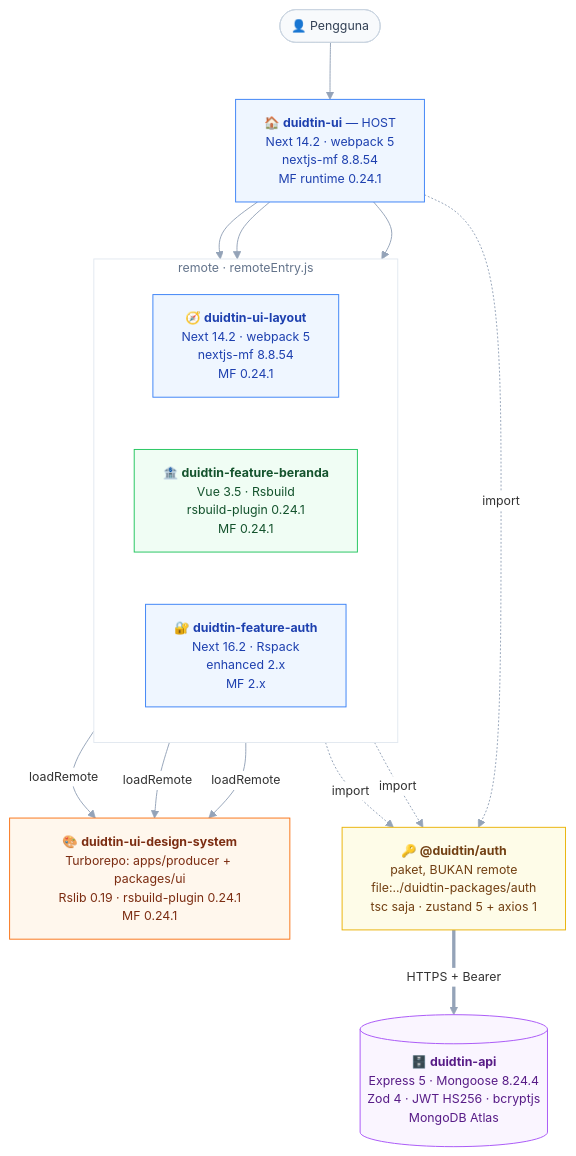
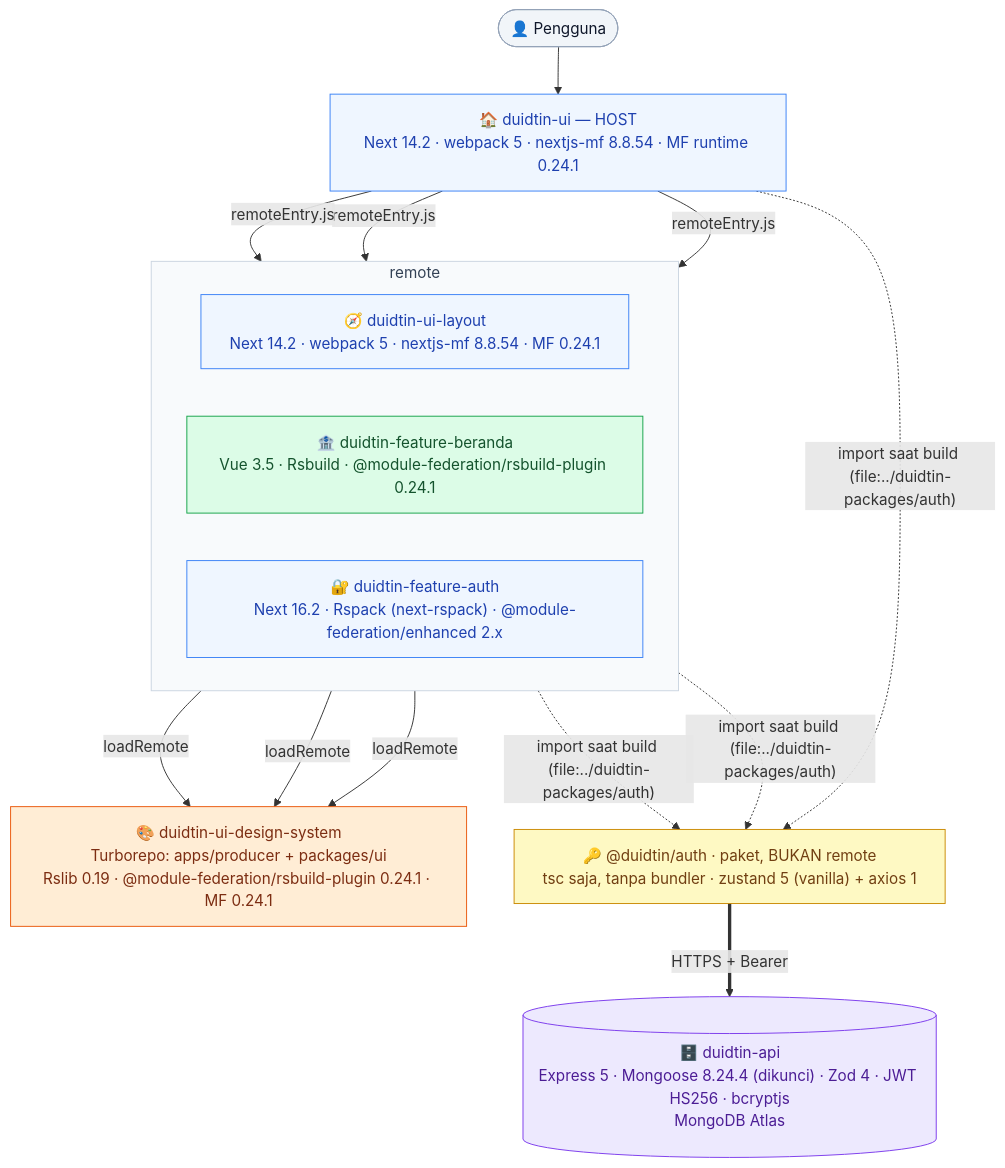
Before and after one commit to AnggaWikaNugraha/super-apps-microfrontend-duidtin: the diagram in README.id.md, drawn with Mermaid. The commit also changed 1 other file, not shown here.

````diff
--- a/README.id.md
+++ b/README.id.md
@@ -283,40 +283,40 @@
 ```mermaid
-%%{init: {'theme':'base','themeVariables':{'fontSize':'13px','lineColor':'#94a3b8','edgeLabelBackground':'#ffffff'},'flowchart':{'wrappingWidth':235,'nodeSpacing':55,'rankSpacing':60,'curve':'basis'}}}%%
+%%{init: {'flowchart': {'wrappingWidth': 420}}}%%
 flowchart TD
   U(["👤 Pengguna"]) --> H
 
-  H["🏠 <b>duidtin-ui</b> — HOST<br/>Next 14.2 · webpack 5<br/>nextjs-mf 8.8.54<br/>MF runtime 0.24.1"]
+  H["🏠 duidtin-ui — HOST<br/>Next 14.2 · webpack 5 · nextjs-mf 8.8.54 · MF runtime 0.24.1"]
 
-  subgraph RUNTIME ["remote · remoteEntry.js"]
+  subgraph RUNTIME ["remote"]
     direction LR
-    L["🧭 <b>duidtin-ui-layout</b><br/>Next 14.2 · webpack 5<br/>nextjs-mf 8.8.54<br/>MF 0.24.1"]
-    B["🏦 <b>duidtin-feature-beranda</b><br/>Vue 3.5 · Rsbuild<br/>rsbuild-plugin 0.24.1<br/>MF 0.24.1"]
-    A["🔐 <b>duidtin-feature-auth</b><br/>Next 16.2 · Rspack<br/>enhanced 2.x<br/>MF 2.x"]
+    L["🧭 duidtin-ui-layout<br/>Next 14.2 · webpack 5 · nextjs-mf 8.8.54 · MF 0.24.1"]
+    B["🏦 duidtin-feature-beranda<br/>Vue 3.5 · Rsbuild · @module-federation/rsbuild-plugin 0.24.1"]
+    A["🔐 duidtin-feature-auth<br/>Next 16.2 · Rspack (next-rspack) · @module-federation/enhanced 2.x"]
   end
 
-  H --> L
-  H --> B
-  H --> A
+  H -- "remoteEntry.js" --> L
+  H -- "remoteEntry.js" --> B
+  H -- "remoteEntry.js" --> A
 
-  L & B & A -- "loadRemote" --> DS["🎨 <b>duidtin-ui-design-system</b><br/>Turborepo: apps/producer + packages/ui<br/>Rslib 0.19 · rsbuild-plugin 0.24.1<br/>MF 0.24.1"]
+  L & B & A -- "loadRemote" --> DS["🎨 duidtin-ui-design-system<br/>Turborepo: apps/producer + packages/ui<br/>Rslib 0.19 · @module-federation/rsbuild-plugin 0.24.1 · MF 0.24.1"]
 
-  H & B & A -. "import" .-> P["🔑 <b>@duidtin/auth</b><br/>paket, BUKAN remote<br/>file:../duidtin-packages/auth<br/>tsc saja · zustand 5 + axios 1"]
+  H & B & A -. "import saat build (file:../duidtin-packages/auth)" .-> P["🔑 @duidtin/auth · paket, BUKAN remote<br/>tsc saja, tanpa bundler · zustand 5 (vanilla) + axios 1"]
 
-  P == "HTTPS + Bearer" ==> API[("🗄️ <b>duidtin-api</b><br/>Express 5 · Mongoose 8.24.4<br/>Zod 4 · JWT HS256 · bcryptjs<br/>MongoDB Atlas")]
+  P == "HTTPS + Bearer" ==> API[("🗄️ duidtin-api<br/>Express 5 · Mongoose 8.24.4 (dikunci) · Zod 4 · JWT HS256 · bcryptjs<br/>MongoDB Atlas")]
 
-  classDef pengguna fill:#f8fafc,stroke:#cbd5e1,color:#334155
+  classDef pengguna fill:#f1f5f9,stroke:#94a3b8,color:#0f172a
   classDef next fill:#eff6ff,stroke:#3b82f6,color:#1e40af
-  classDef rs fill:#fff7ed,stroke:#f97316,color:#7c2d12
-  classDef vue fill:#f0fdf4,stroke:#22c55e,color:#14532d
-  classDef paket fill:#fefce8,stroke:#eab308,color:#713f12
-  classDef backend fill:#faf5ff,stroke:#a855f7,color:#581c87
+  classDef rs fill:#ffedd5,stroke:#ea580c,color:#7c2d12
+  classDef vue fill:#dcfce7,stroke:#16a34a,color:#14532d
+  classDef paket fill:#fef9c3,stroke:#ca8a04,color:#713f12
+  classDef backend fill:#ede9fe,stroke:#7c3aed,color:#4c1d95
 
   class U pengguna
   class H,L,A next
   class DS rs
   class B vue
   class P paket
   class API backend
 
-  style RUNTIME fill:#ffffff,stroke:#e2e8f0,color:#64748b
+  style RUNTIME fill:#f8fafc,stroke:#cbd5e1,color:#334155
 ```
````
